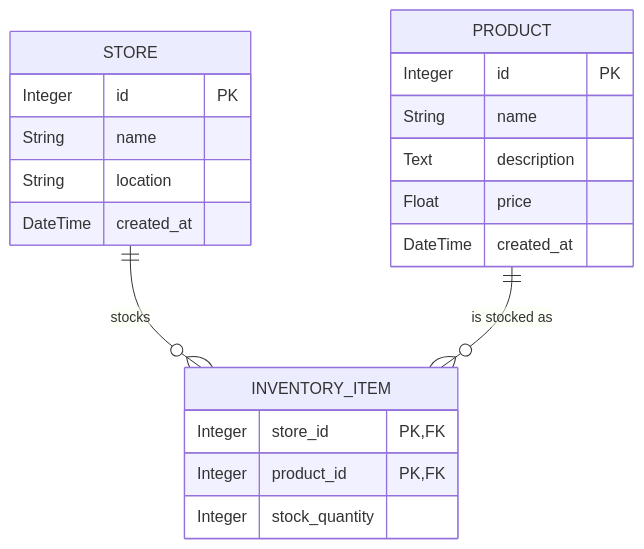
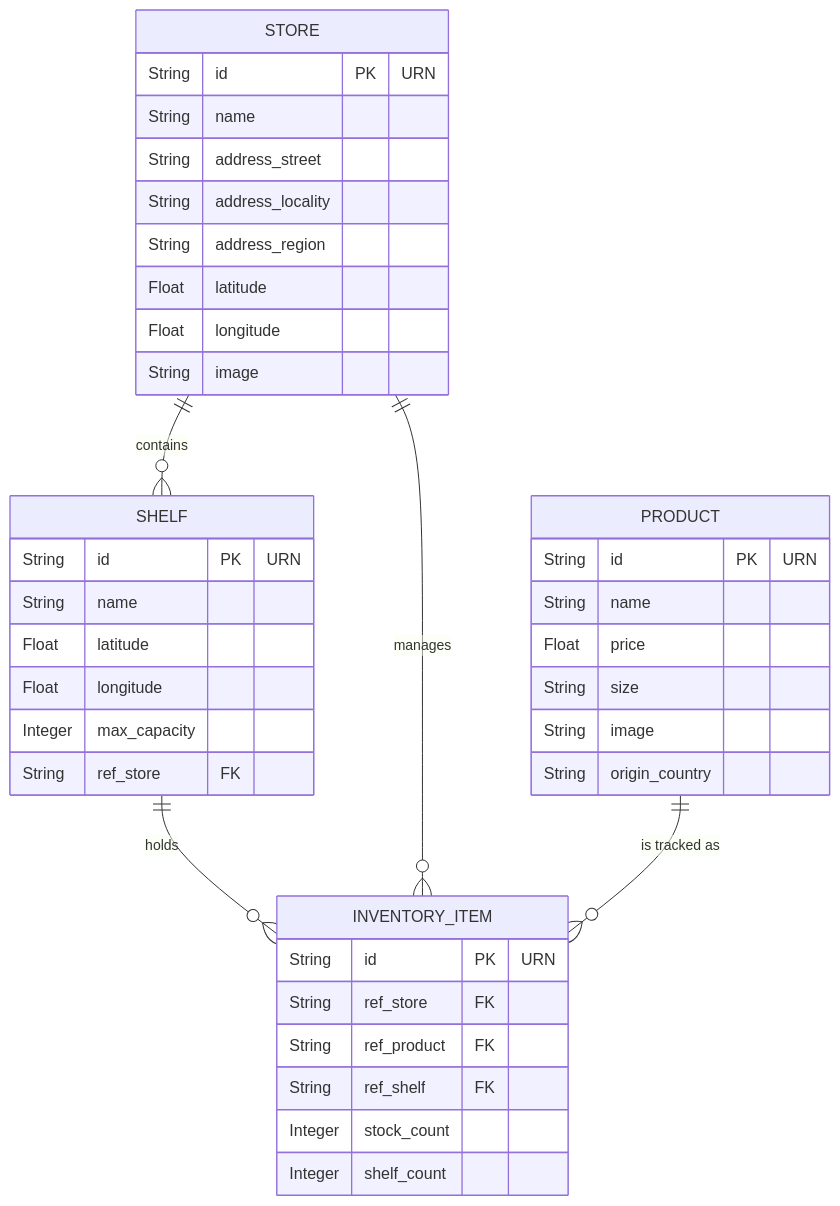
Before and after one commit to nicolasallerponte/fiware-store-manager: the diagram in docs/data_model.md, drawn with Mermaid. The commit also changed other lines of this file and 12 other files, not shown here.

````diff
--- a/docs/data_model.md
+++ b/docs/data_model.md
@@ -9,26 +9,45 @@
 ```mermaid
 erDiagram
-    STORE ||--o{ INVENTORY_ITEM : "stocks"
-    PRODUCT ||--o{ INVENTORY_ITEM : "is stocked as"
+    STORE ||--o{ SHELF : "contains"
+    SHELF ||--o{ INVENTORY_ITEM : "holds"
+    STORE ||--o{ INVENTORY_ITEM : "manages"
+    PRODUCT ||--o{ INVENTORY_ITEM : "is tracked as"
 
     STORE {
-        Integer id PK
+        String id PK "URN"
         String name
-        String location
-        DateTime created_at
+        String address_street
+        String address_locality
+        String address_region
+        Float latitude
+        Float longitude
+        String image
+    }
+
+    SHELF {
+        String id PK "URN"
+        String name
+        Float latitude
+        Float longitude
+        Integer max_capacity
+        String ref_store FK
     }
 
     PRODUCT {
-        Integer id PK
+        String id PK "URN"
         String name
-        Text description
         Float price
-        DateTime created_at
+        String size
+        String image
+        String origin_country
     }
 
     INVENTORY_ITEM {
-        Integer store_id PK, FK
-        Integer product_id PK, FK
-        Integer stock_quantity
+        String id PK "URN"
+        String ref_store FK
+        String ref_product FK
+        String ref_shelf FK
+        Integer stock_count
+        Integer shelf_count
     }
 ```
````
